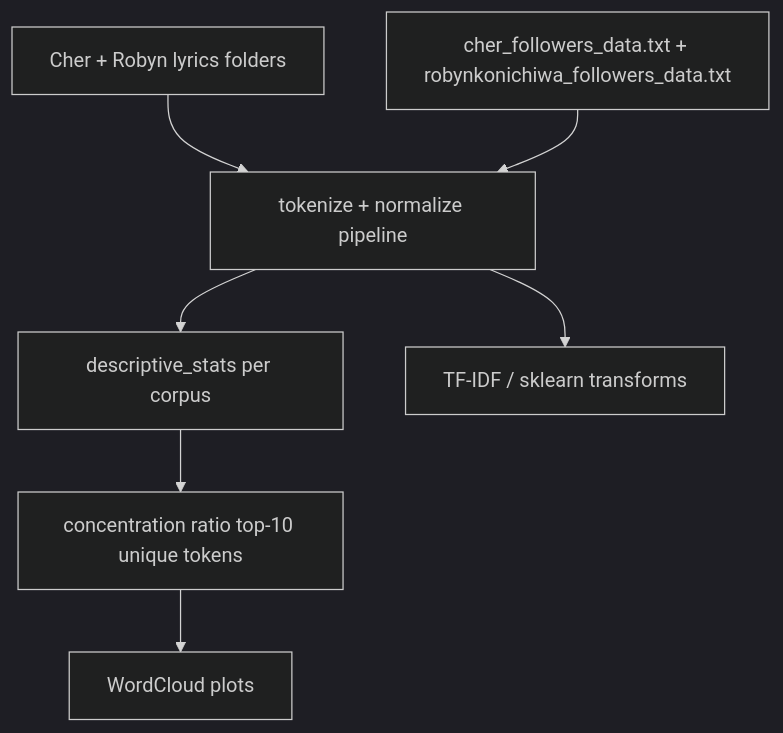
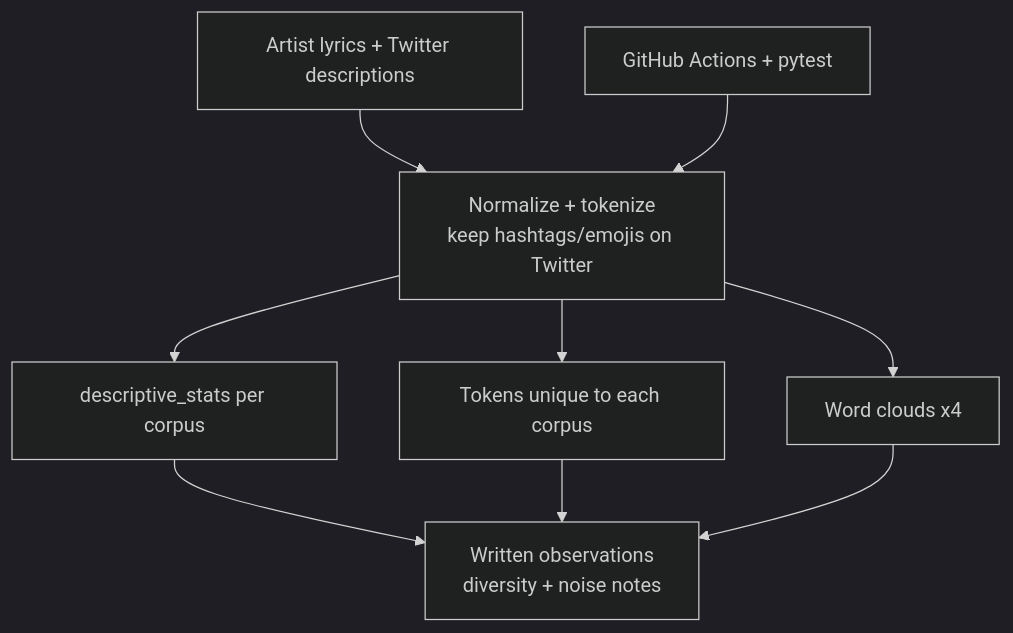
One commit to ArchanaChetan07/Lyrics-Tokenization-Analysis changed the second of 3 diagrams in README.md. Above: the diagram before and after it, drawn with Mermaid (dark theme). The commit also changed other lines of this file, not shown here.

First line of the commit message:
Publish FAANG-style README with verified Cher/Robyn corpus stats.

````diff
--- a/README.md
+++ b/README.md
@@ -35,9 +49,11 @@
 ```mermaid
 flowchart TB
-    LY[Cher + Robyn lyrics folders] --> TOK[tokenize + normalize pipeline]
-    TW[cher_followers_data.txt + robynkonichiwa_followers_data.txt] --> TOK
-    TOK --> STATS[descriptive_stats per corpus]
-    STATS --> CONC[concentration ratio top-10 unique tokens]
-    CONC --> WC[WordCloud plots]
-    TOK --> TFIDF[TF-IDF / sklearn transforms]
+  RAW[Artist lyrics + Twitter descriptions] --> NORM[Normalize + tokenize<br/>keep hashtags/emojis on Twitter]
+  NORM --> STATS[descriptive_stats per corpus]
+  NORM --> UNIQ[Tokens unique to each corpus]
+  NORM --> WC[Word clouds x4]
+  STATS --> OBS[Written observations<br/>diversity + noise notes]
+  UNIQ --> OBS
+  WC --> OBS
+  CI[GitHub Actions + pytest] --> NORM
 ```
````
